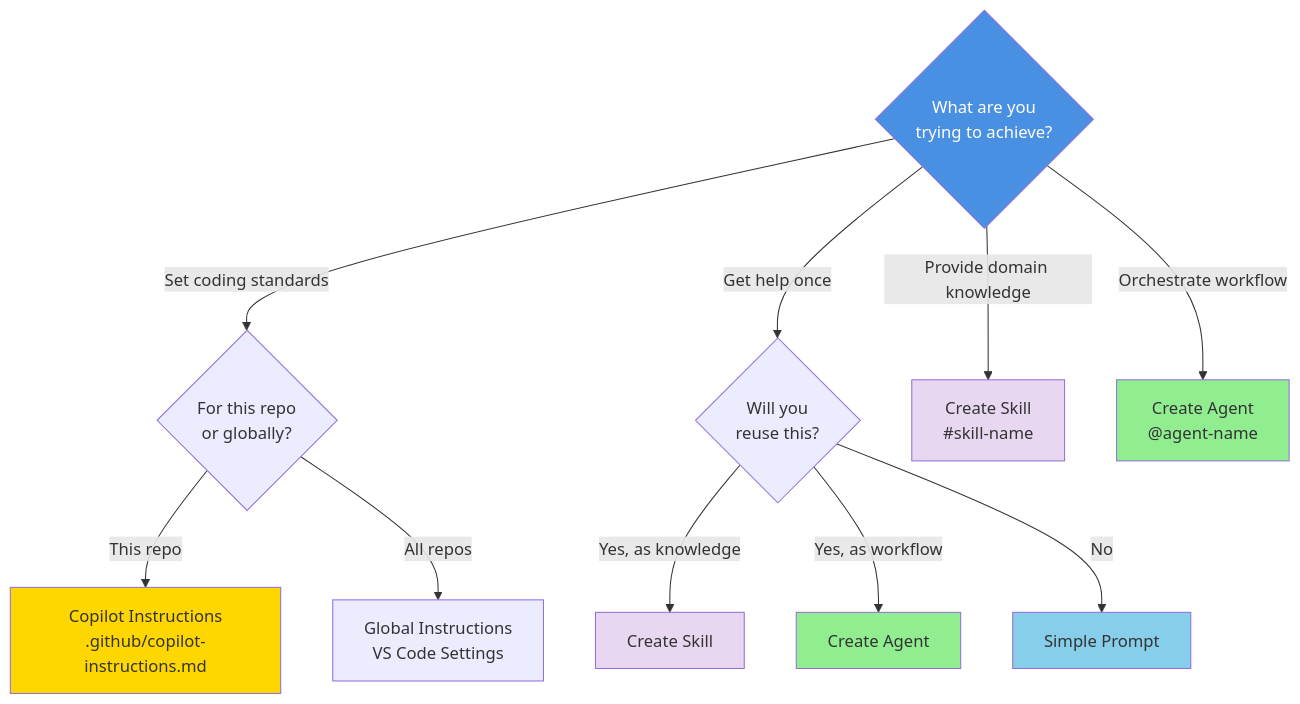
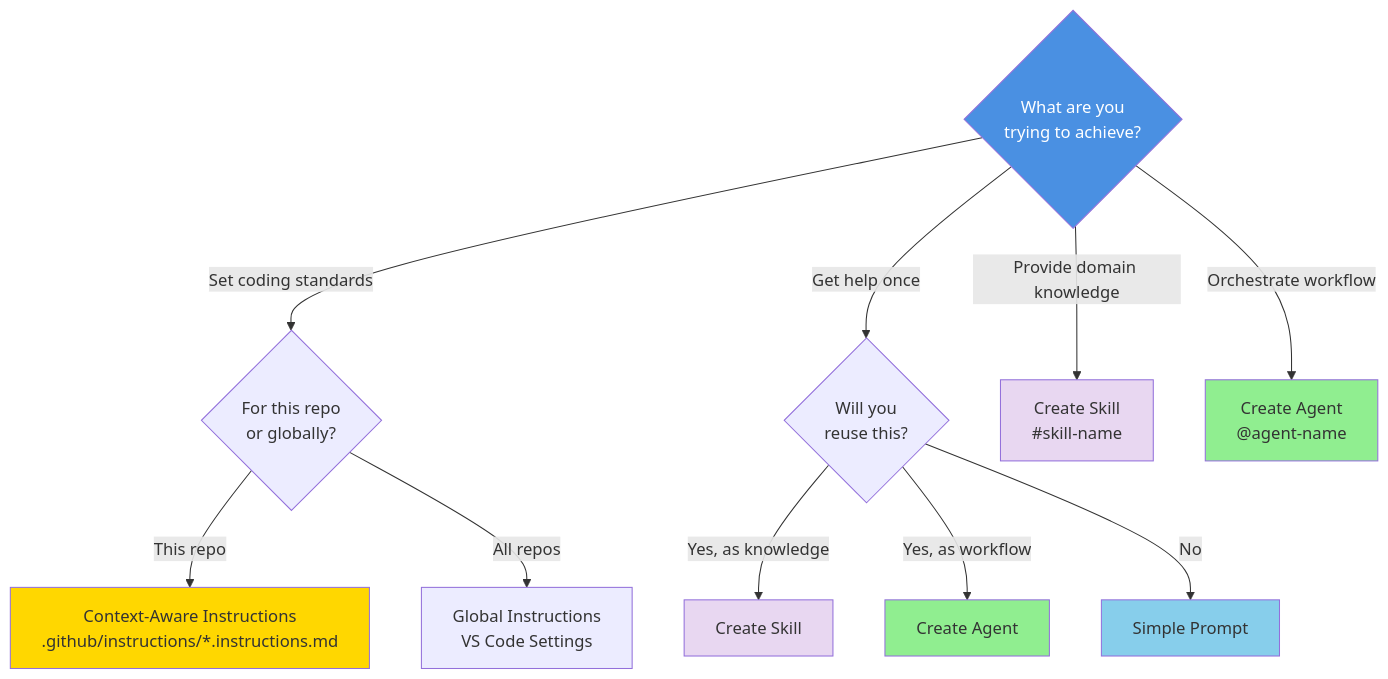
The second of 16 diagrams in docs/design/diagrams/agent-vs-instructions-vs-prompts.md (mcollier/ai-coding-workshop), drawn with Mermaid before and after one commit. The commit also changed other lines of this file and 14 other files, not shown here.

````diff
--- a/docs/design/diagrams/agent-vs-instructions-vs-prompts.md
+++ b/docs/design/diagrams/agent-vs-instructions-vs-prompts.md
@@ -42,24 +42,24 @@
 ```mermaid
 graph TB
     Start{What are you<br/>trying to achieve?}
     
     Start -->|Set coding standards| Standards{For this repo<br/>or globally?}
     Start -->|Get help once| Once{Will you<br/>reuse this?}
     Start -->|Provide domain knowledge| Knowledge[Create Skill<br/>#skill-name]
     Start -->|Orchestrate workflow| Workflow[Create Agent<br/>@agent-name]
     
-    Standards -->|This repo| RepoInstructions[Copilot Instructions<br/>.github/copilot-instructions.md]
+    Standards -->|This repo| RepoInstructions[Context-Aware Instructions<br/>.github/instructions/*.instructions.md]
     Standards -->|All repos| GlobalInstructions[Global Instructions<br/>VS Code Settings]
     
     Once -->|Yes, as knowledge| ConsiderSkill[Create Skill]
     Once -->|Yes, as workflow| ConsiderAgent[Create Agent]
     Once -->|No| SimplePrompt[Simple Prompt]
     
     style Start fill:#4a90e2,color:#fff
     style Knowledge fill:#e8d7f1
     style Workflow fill:#90ee90
     style ConsiderSkill fill:#e8d7f1
     style ConsiderAgent fill:#90ee90
     style RepoInstructions fill:#ffd700
     style SimplePrompt fill:#87ceeb
 ```
````
